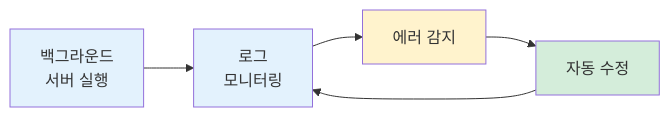
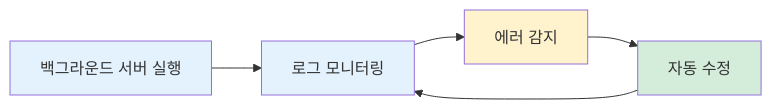
Before and after one commit to Kanghyeop/pages-book-agent101: the first of 3 diagrams in appendix-b/B02.md, drawn with Mermaid. The commit also changed other lines of this file and 48 other files, not shown here.

First line of the commit message:
fix: Mermaid 렌더링 + SVG 경로 수정

````diff
--- a/appendix-b/B02.md
+++ b/appendix-b/B02.md
@@ -75,12 +75,12 @@
 ```mermaid
 flowchart LR
-    A["백그라운드<br/>서버 실행"] --> B["로그<br/>모니터링"]
+    A["백그라운드 서버 실행"] --> B["로그 모니터링"]
     B --> C["에러 감지"]
     C --> D["자동 수정"]
     D --> B
 
     style A fill:#E3F2FD
     style B fill:#E3F2FD
     style C fill:#FFF3CD
     style D fill:#D4EDDA
 ```
````
